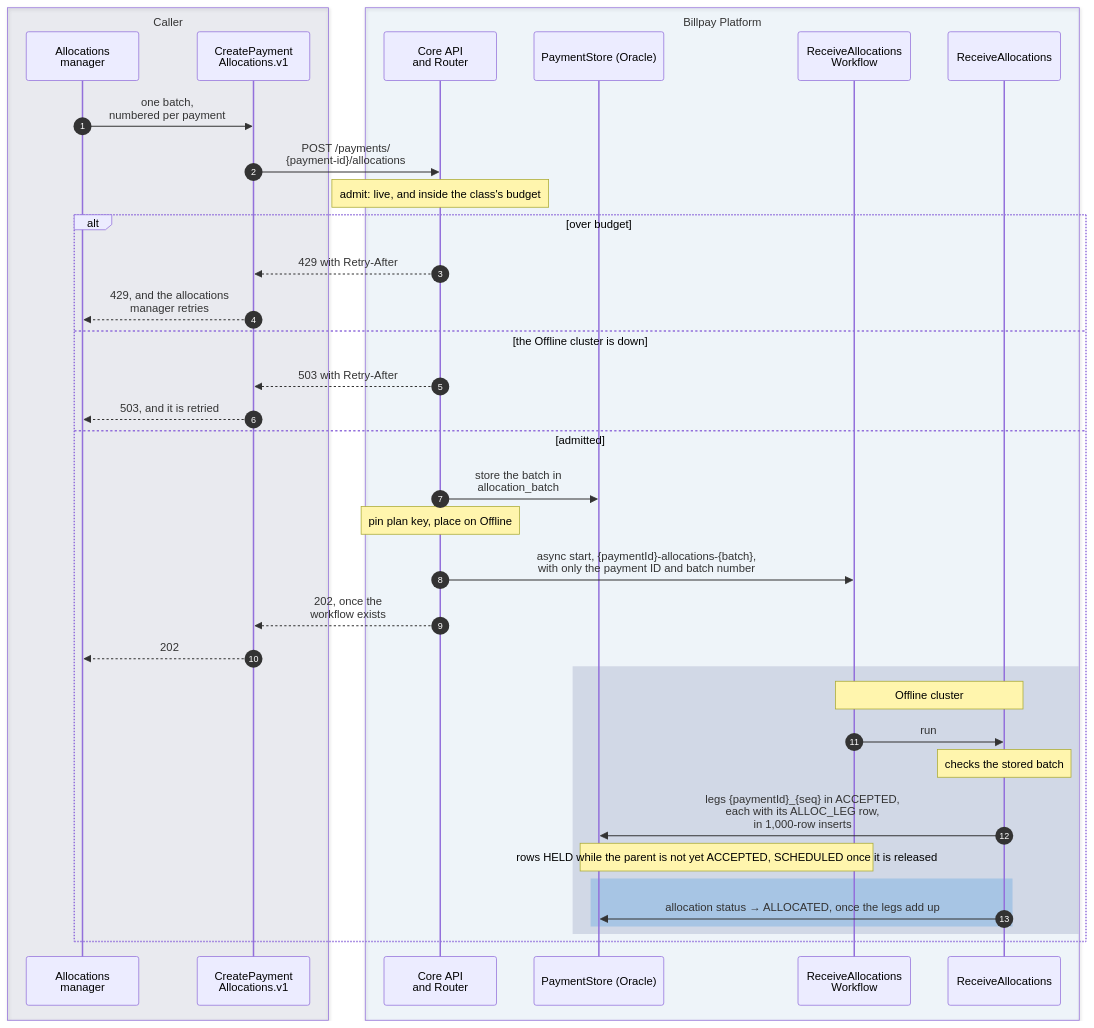
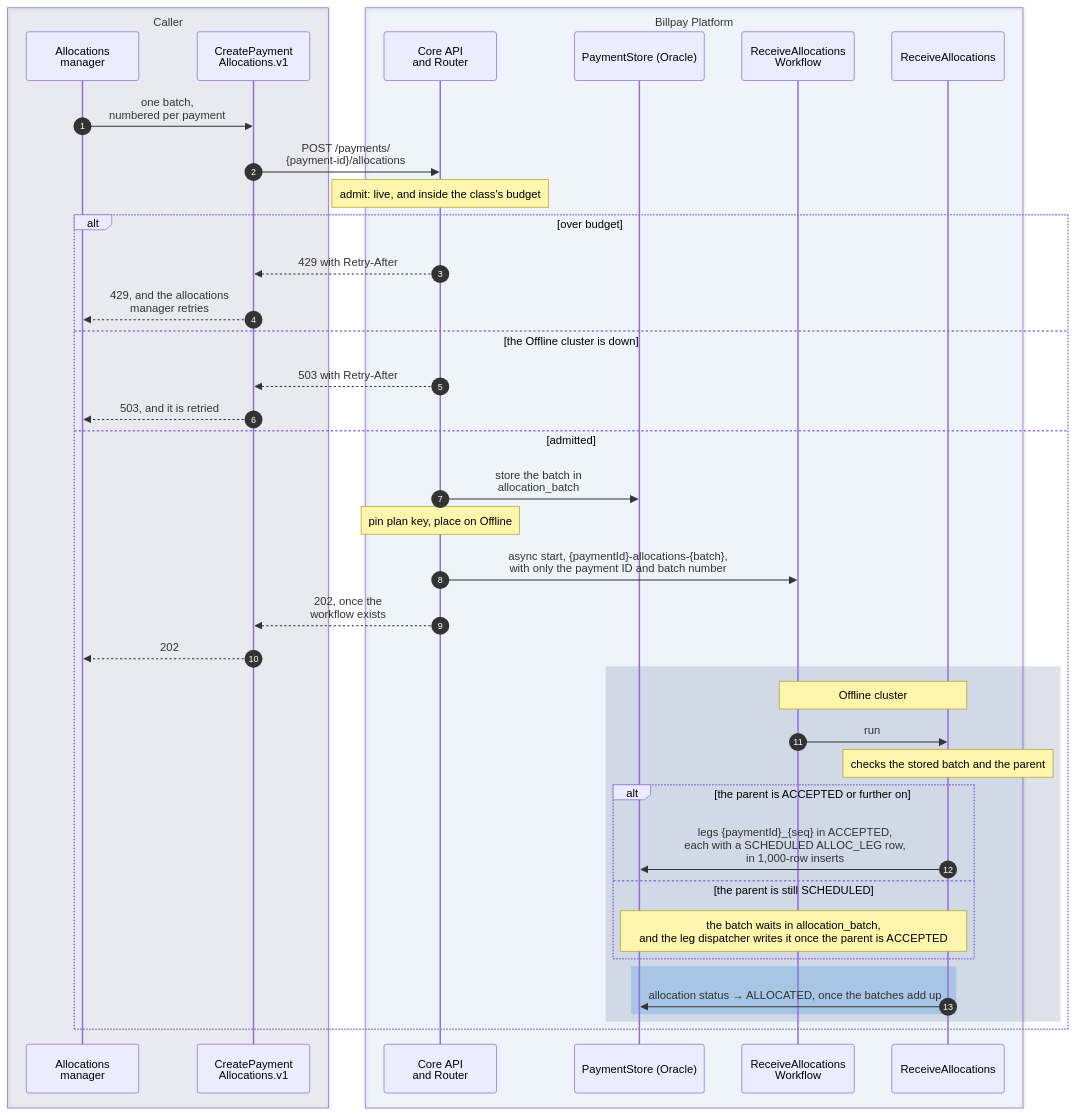
Before and after one commit to arunav-bhattacharya/billpay-book: diagram 13 of 13 in website/docs/design/sequence-diagrams.md, drawn with Mermaid. The commit also changed other lines of this file and 19 other files, not shown here.

````diff
--- a/website/docs/design/sequence-diagrams.md
+++ b/website/docs/design/sequence-diagrams.md
@@ -778,48 +778,51 @@
 ```mermaid
 ---
 config:
   fontFamily: "BentonSansUI, Helvetica, Arial, sans-serif"
   fontSize: 15
 ---
 sequenceDiagram
   autonumber
 
   box rgba(0,23,90,0.07) Caller
     participant AM as Allocations<br/>manager
     participant OD as CreatePayment<br/>Allocations.v1
   end
 
   box rgba(0,111,207,0.05) Billpay Platform
     participant R as Core API<br/>and Router
     participant PS as PaymentStore (Oracle)
     participant RW as ReceiveAllocations<br/>Workflow
     participant RC as ReceiveAllocations
   end
 
   AM->>OD: one batch,<br/>numbered per payment
   OD->>R: POST /payments/<br/>{payment-id}/allocations
   Note over R: admit: live, and inside the class's budget
   alt over budget
     R-->>OD: 429 with Retry-After
     OD-->>AM: 429, and the allocations<br/>manager retries
   else the Offline cluster is down
     R-->>OD: 503 with Retry-After
     OD-->>AM: 503, and it is retried
   else admitted
     R->>PS: store the batch in<br/>allocation_batch
     Note over R: pin plan key, place on Offline
     R->>RW: async start, {paymentId}-allocations-{batch},<br/>with only the payment ID and batch number
     R-->>OD: 202, once the<br/>workflow exists
     OD-->>AM: 202
     rect rgba(0,23,90,0.12)
       Note over RW,RC: Offline cluster
       RW->>RC: run
-      Note over RC: checks the stored batch
-      RC->>PS: legs {paymentId}_{seq} in ACCEPTED,<br/>each with its ALLOC_LEG row,<br/>in 1,000-row inserts
-      Note over PS,RW: rows HELD while the parent is not yet ACCEPTED, SCHEDULED once it is released
+      Note over RC: checks the stored batch and the parent
+      alt the parent is ACCEPTED or further on
+        RC->>PS: legs {paymentId}_{seq} in ACCEPTED,<br/>each with a SCHEDULED ALLOC_LEG row,<br/>in 1,000-row inserts
+      else the parent is still SCHEDULED
+        Note over RC,PS: the batch waits in allocation_batch,<br/>and the leg dispatcher writes it once the parent is ACCEPTED
+      end
       rect rgba(102,169,226,0.40)
-        RC->>PS: allocation status → ALLOCATED, once the legs add up
+        RC->>PS: allocation status → ALLOCATED, once the batches add up
       end
     end
   end
 ```
````
